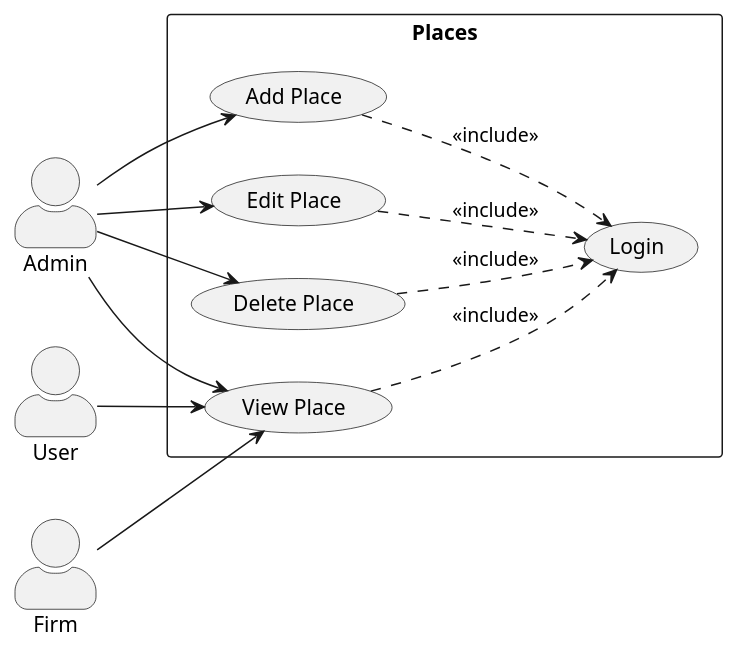
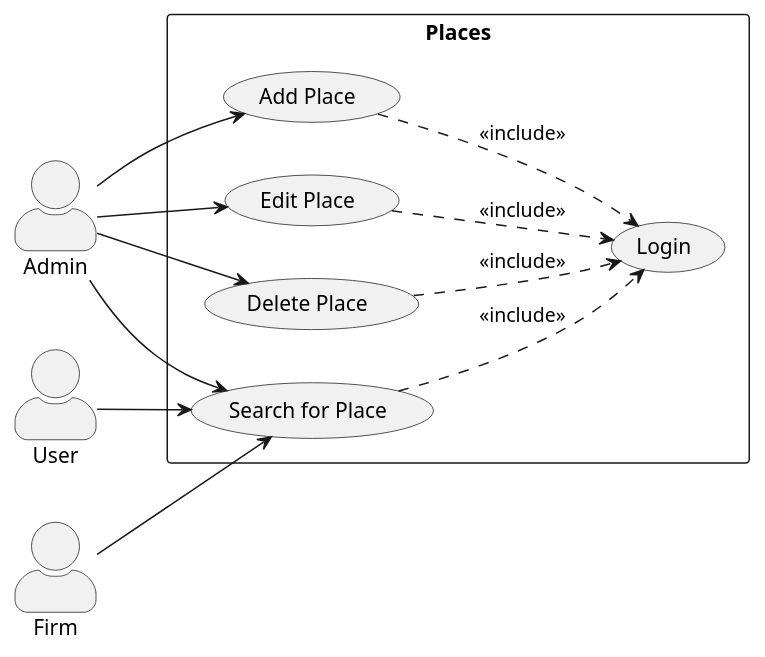
The diagram in diagrams/usecase/U-002.puml (Karto1000/Autovermietung), drawn with PlantUML before and after one commit. The commit also changed 17 other files, not shown here.

Commit message:
Add more Activity diagrams

```diff
--- a/diagrams/usecase/U-002.puml
+++ b/diagrams/usecase/U-002.puml
@@ -1,37 +1,37 @@
 @startuml
 'https://plantuml.com/use-case-diagram
 left to right direction
 skinparam actorStyle awesome
 skinparam packageStyle rect
 
 actor "Admin" as admin
 actor "User" as user
 actor "Firm" as firm
 
 rectangle "Places" {
     usecase (Add Place) as add_place
     usecase (Edit Place) as edit_place
     usecase (Delete Place) as delete_place
-    usecase (View Place) as view_place
+    usecase (Search for Place) as view_place
 
     usecase "Login" as login
 
     add_place ..> login : <<include>>
     edit_place ..> login : <<include>>
     delete_place ..> login : <<include>>
     view_place ..> login : <<include>>
 }
 
 ' Admin
 admin --> add_place
 admin --> edit_place
 admin --> delete_place
 admin --> view_place
 
 ' User
 user --> view_place
 
 ' Firm
 firm --> view_place
 
 @enduml
```
